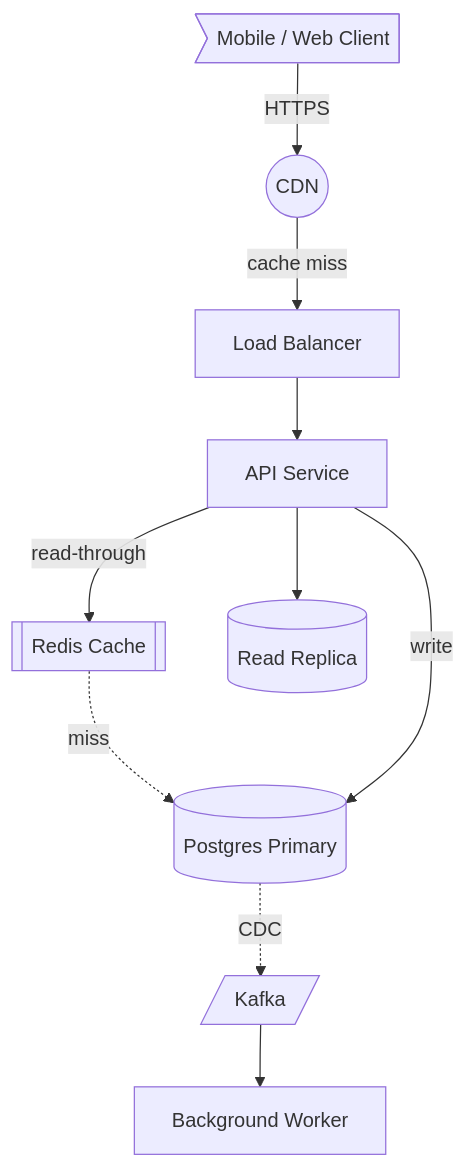
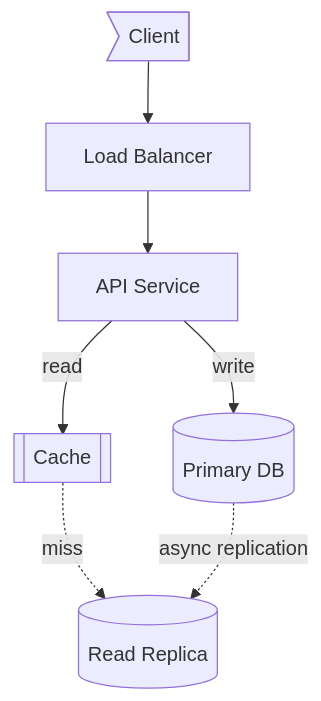
Before and after one commit to ftvision/system-design-skill: the first of 4 diagrams in skill/reference/diagrams.md, drawn with Mermaid. The commit also changed other lines of this file, not shown here.

First line of the commit message:
Trim diagrams.md to canonical templates only

````diff
--- a/skill/reference/diagrams.md
+++ b/skill/reference/diagrams.md
@@ -61,22 +53,16 @@
 ```mermaid
 flowchart TD
-    Client>Mobile / Web Client]
-    CDN((CDN))
+    Client>Client]
     LB[Load Balancer]
     API[API Service]
-    Cache[[Redis Cache]]
-    DB[(Postgres Primary)]
+    Cache[[Cache]]
+    DB[(Primary DB)]
     Replica[(Read Replica)]
-    Queue[/Kafka/]
-    Worker[Background Worker]
 
-    Client -- HTTPS --> CDN
-    CDN -- cache miss --> LB
+    Client --> LB
     LB --> API
-    API -- read-through --> Cache
-    Cache -. miss .-> DB
-    API --> Replica
+    API -- read --> Cache
+    Cache -. miss .-> Replica
     API -- write --> DB
-    DB -. CDC .-> Queue
-    Queue --> Worker
+    DB -. async replication .-> Replica
 ```
````
